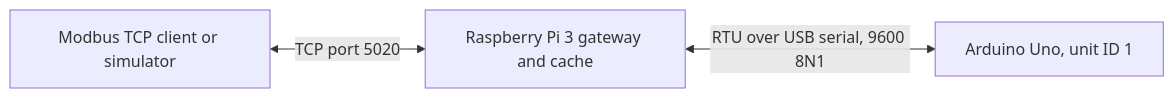
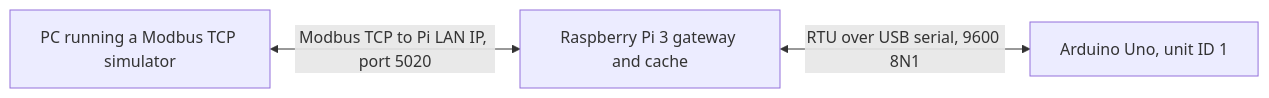
One commit to dannyclipp3r/ModbusTCPtoRTU changed the diagram in README.md. Above: the diagram before and after it, drawn with Mermaid. The commit also changed other lines of this file, not shown here.

Commit message:
Clarify the PC-to-Pi TCP connection and Uno USB link

````diff
--- a/README.md
+++ b/README.md
@@ -7,5 +7,5 @@
 ```mermaid
 flowchart LR
-    Client["Modbus TCP client or simulator"] <-->|"TCP port 5020"| Pi["Raspberry Pi 3 gateway and cache"]
+    PC["PC running a Modbus TCP simulator"] <-->|"Modbus TCP to Pi LAN IP, port 5020"| Pi["Raspberry Pi 3 gateway and cache"]
     Pi <-->|"RTU over USB serial, 9600 8N1"| Uno["Arduino Uno, unit ID 1"]
 ```
````
